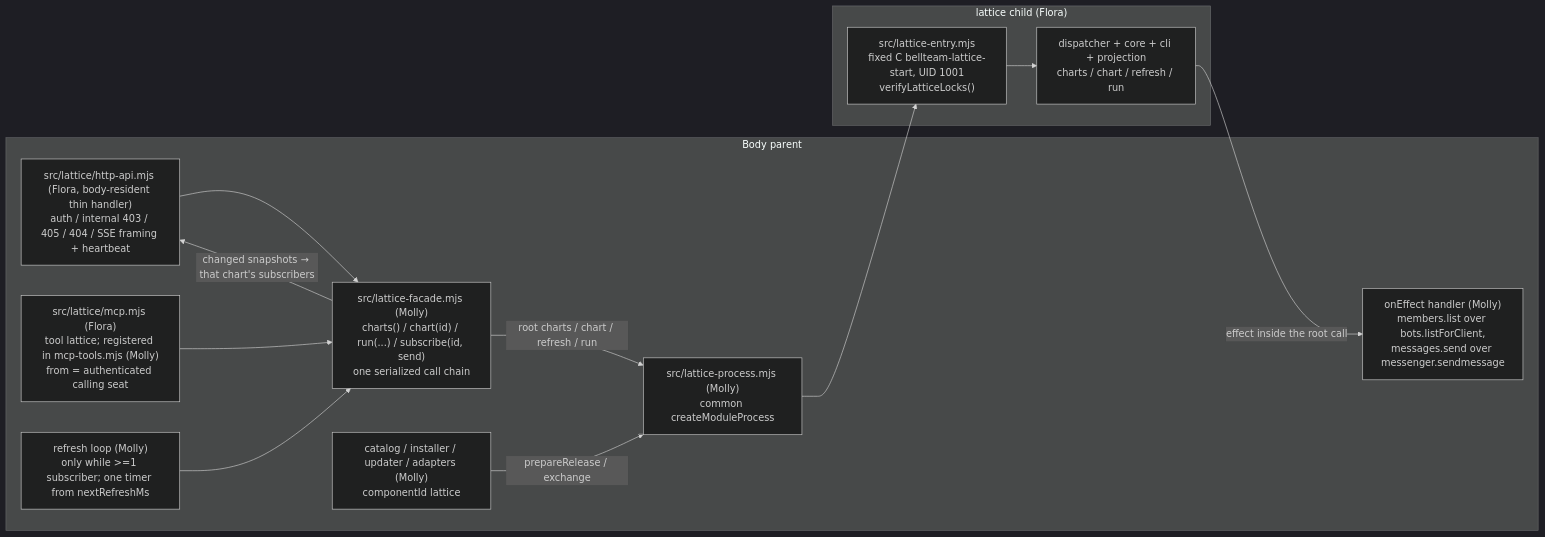
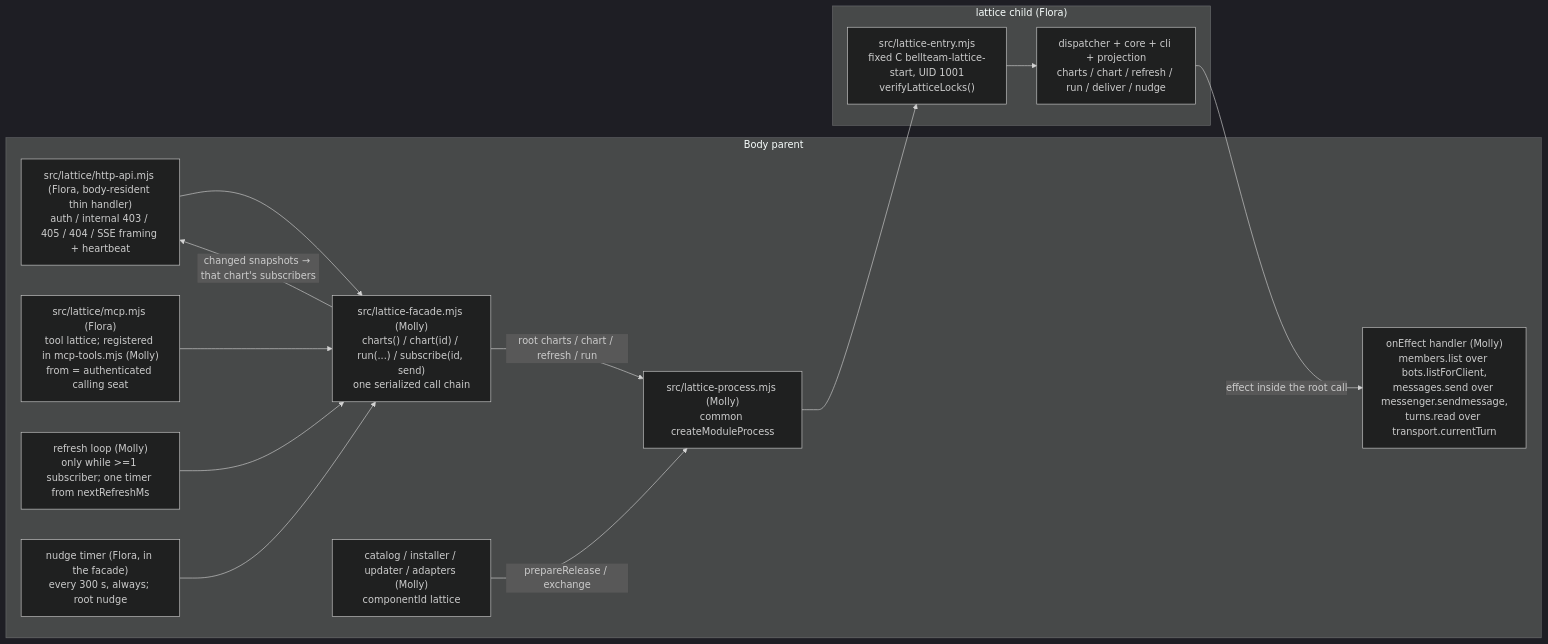
Before and after one commit to kitepon/BellTeam: the diagram in docs/architecture/modules/runtime/lattice-child.md, drawn with Mermaid (dark theme). The commit also changed other lines of this file and 10 other files, not shown here.

First line of the commit message:
lattice: nudge sweep every 5 minutes (todo nudge -> prompts to lane Bots not running)

````diff
--- a/docs/architecture/modules/runtime/lattice-child.md
+++ b/docs/architecture/modules/runtime/lattice-child.md
@@ -7,24 +7,26 @@
 ```mermaid
 flowchart LR
   subgraph Parent["Body parent"]
     Route["src/lattice/http-api.mjs (Flora, body-resident thin handler)<br/>auth / internal 403 / 405 / 404 / SSE framing + heartbeat"]
     Tool["src/lattice/mcp.mjs (Flora)<br/>tool lattice; registered in mcp-tools.mjs (Molly)<br/>from = authenticated calling seat"]
     Facade["src/lattice-facade.mjs (Molly)<br/>charts() / chart(id) / run(...) / subscribe(id, send)<br/>one serialized call chain"]
     Loop["refresh loop (Molly)<br/>only while >=1 subscriber; one timer from nextRefreshMs"]
+    Nudge["nudge timer (Flora, in the facade)<br/>every 300 s, always; root nudge"]
     Proc["src/lattice-process.mjs (Molly)<br/>common createModuleProcess"]
-    Ports["onEffect handler (Molly)<br/>members.list over bots.listForClient,<br/>messages.send over messenger.sendmessage"]
+    Ports["onEffect handler (Molly)<br/>members.list over bots.listForClient,<br/>messages.send over messenger.sendmessage,<br/>turns.read over transport.currentTurn"]
     Update["catalog / installer / updater / adapters (Molly)<br/>componentId lattice"]
   end
   subgraph Child["lattice child (Flora)"]
     Entry["src/lattice-entry.mjs<br/>fixed C bellteam-lattice-start, UID 1001<br/>verifyLatticeLocks()"]
-    Disp["dispatcher + core + cli + projection<br/>charts / chart / refresh / run"]
+    Disp["dispatcher + core + cli + projection<br/>charts / chart / refresh / run / deliver / nudge"]
   end
   Route --> Facade
   Tool --> Facade
   Loop --> Facade
+  Nudge --> Facade
   Facade -->|"root charts / chart / refresh / run"| Proc
   Proc --> Entry --> Disp
   Disp -->|"effect inside the root call"| Ports
   Facade -->|"changed snapshots → that chart's subscribers"| Route
   Update -->|"prepareRelease / exchange"| Proc
 ```
````
